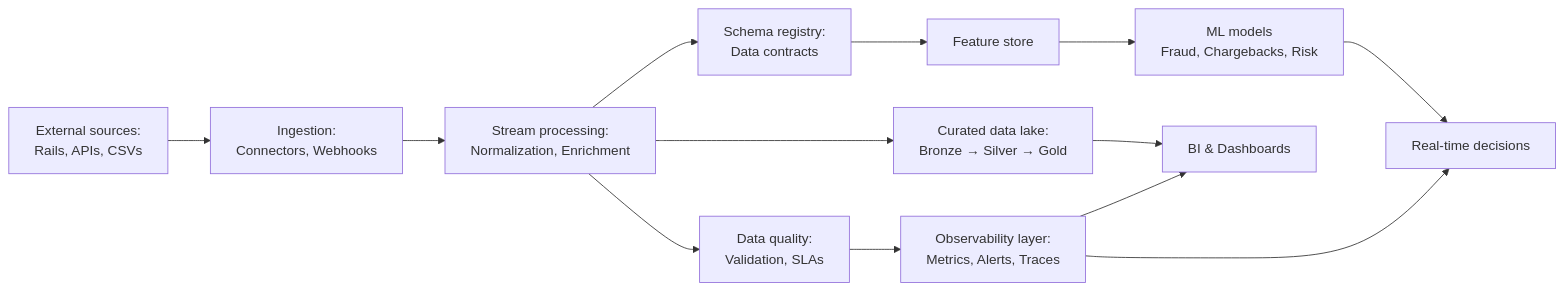
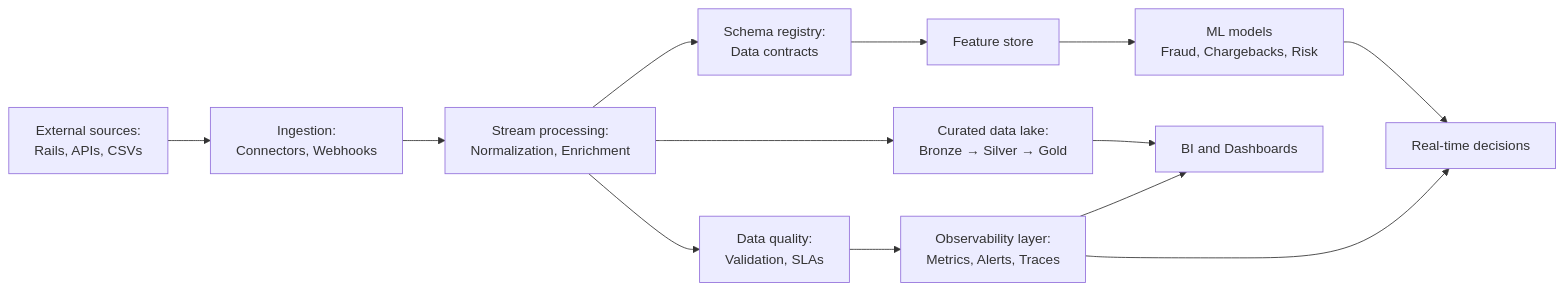
One commit to devbrewai/devbrew.ai changed the second of 3 diagrams in data/blog/data-pipelines.mdx. Above: the diagram before and after it, drawn with Mermaid. The commit also changed other lines of this file, not shown here.

````diff
--- a/data/blog/data-pipelines.mdx
+++ b/data/blog/data-pipelines.mdx
@@ -80,15 +106,15 @@
 ```mermaid
 flowchart LR
     A[External sources:<br/>Rails, APIs, CSVs] --> B[Ingestion:<br/>Connectors, Webhooks]
     B --> C[Stream processing:<br/>Normalization, Enrichment]
     C --> D[Schema registry:<br/>Data contracts]
     C --> E[Data quality:<br/>Validation, SLAs]
     E --> F[Observability layer:<br/>Metrics, Alerts, Traces]
     D --> G[Feature store]
     C --> H[Curated data lake:<br/>Bronze → Silver → Gold]
     G --> I[ML models<br/>Fraud, Chargebacks, Risk]
-    H --> J[BI & Dashboards]
+    H --> J[BI and Dashboards]
     I --> K[Real-time decisions]
     F --> J
     F --> K
 ```
````
